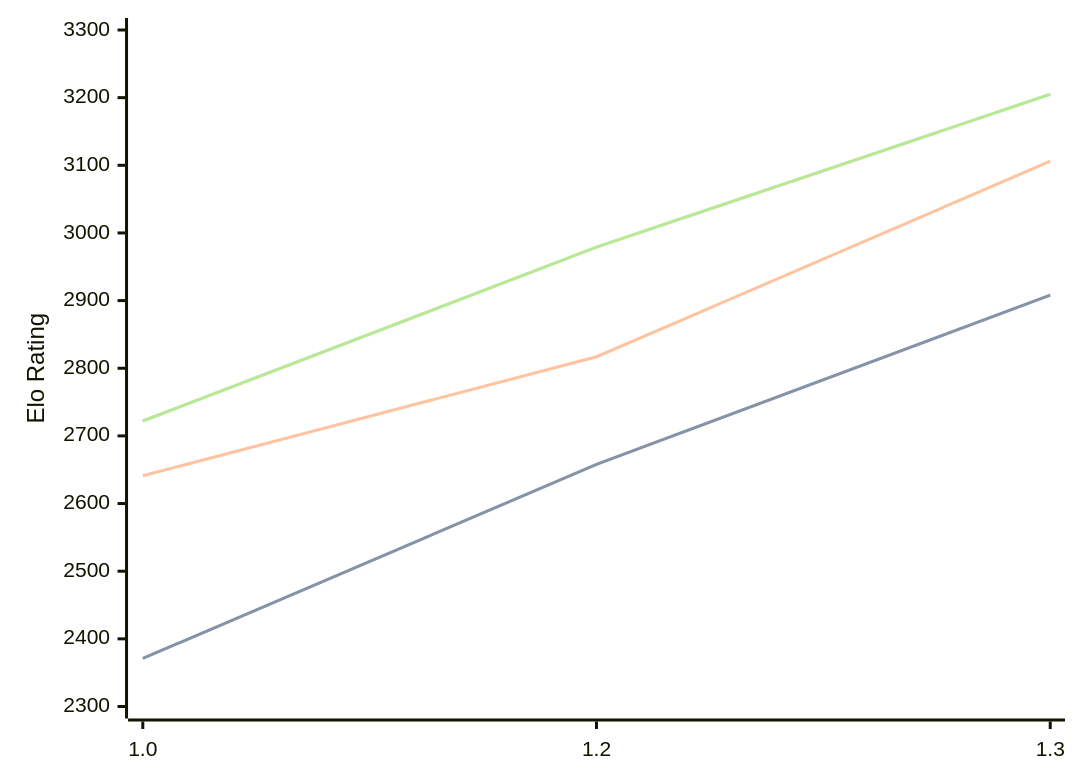
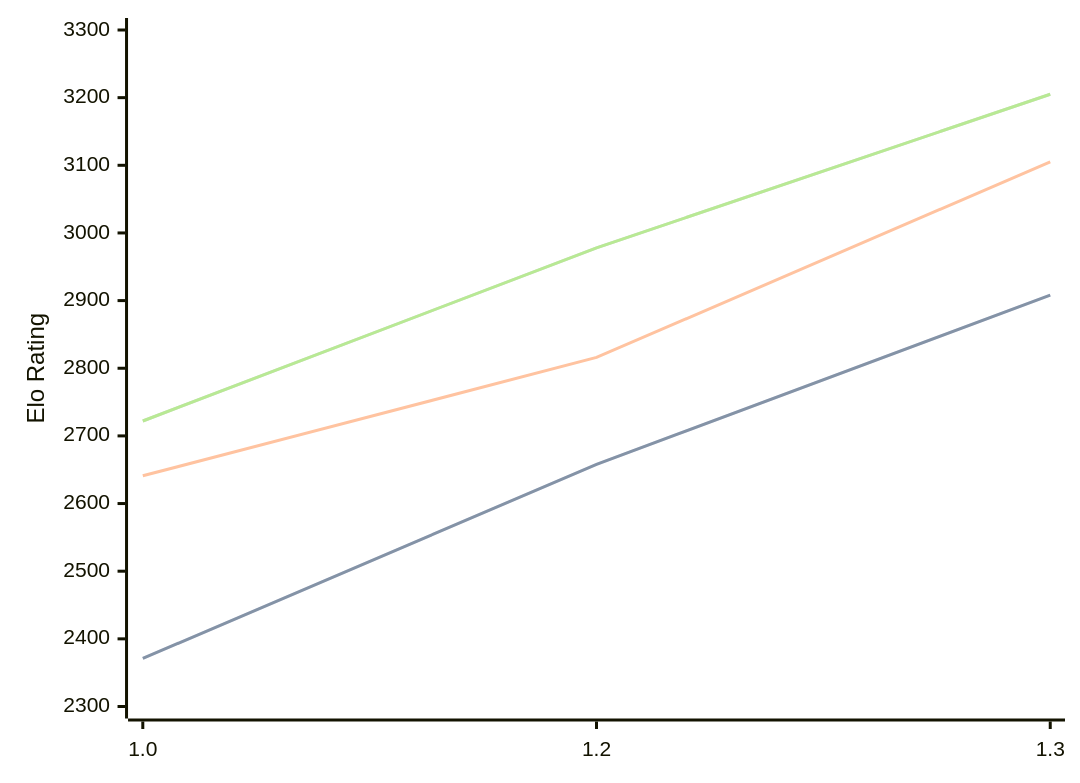
The diagram in engines/Chessnix.md (computer-chess-index/cci), drawn with Mermaid before and after one commit. The commit also changed other lines of this file, not shown here.

Commit message:
Update CCI Ratings (ELO VLTC) - 2026-04-21

````diff
--- a/engines/Chessnix.md
+++ b/engines/Chessnix.md
@@ -35,11 +35,11 @@
 ```mermaid
 %%{init: {"theme":"base","themeVariables":{"seriesColors:['#a3a3a3','#222221','#faa371']}}}%%
 xychart-beta
   x-axis ["1.0", "1.2", "1.3"]
   y-axis "Elo Rating" 2300 --> 3300
   line "STC (8.0+0.08s)" [2371, 2658, 2908]
   line "STC (8.0+0.08s)" [2371, 2658, 2908]
-  line "LTC (60.0+0.60s)" [2641, 2817, 3106]
-  line "VLTC (2m24s+1.12s)" [2722, 2979, 3205]
-  line "VLTC (2m24s+1.12s)" [2722, 2979, 3205]
+  line "LTC (60.0+0.60s)" [2641, 2816, 3105]
+  line "VLTC (2m24s+1.12s)" [2722, 2978, 3205]
+  line "VLTC (2m24s+1.12s)" [2722, 2978, 3205]
 ```
````
